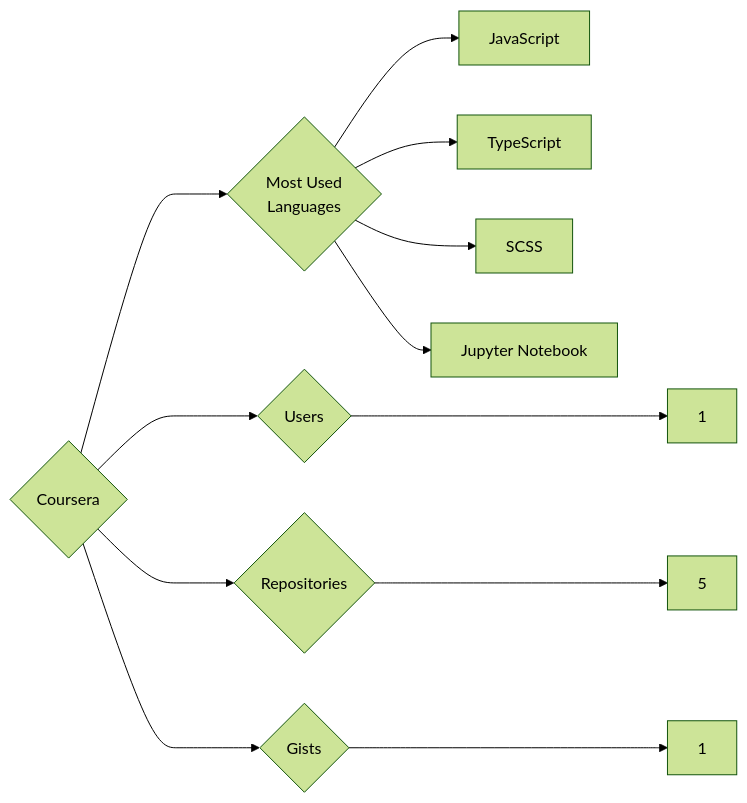
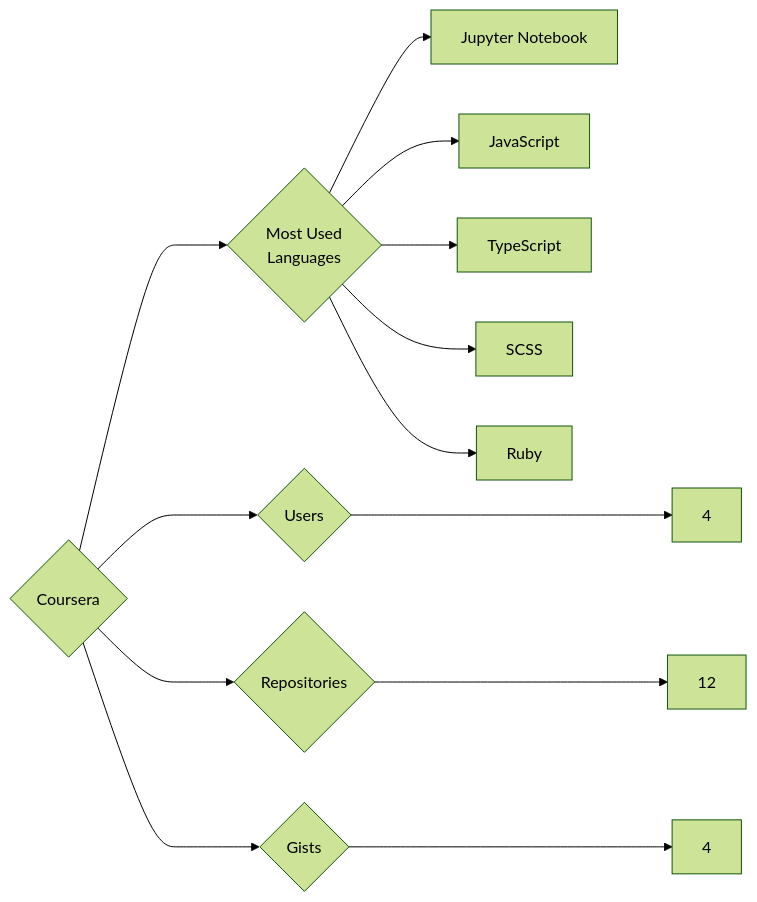
One commit to trickest/insiders changed the diagram in targets/Coursera/README.md. Above: the diagram before and after it, drawn with Mermaid (forest theme). The commit also changed 676 other files, not shown here.

````diff
--- a/targets/Coursera/README.md
+++ b/targets/Coursera/README.md
@@ -3,12 +3,13 @@
 ```mermaid
 graph LR
 COMPANY_NAME{Coursera}
-COMPANY_NAME ---> U{Users} ---> UN[1]
-COMPANY_NAME ---> R{Repositories} ---> RN[5]
-COMPANY_NAME ---> G{Gists} ---> GN[1]
+COMPANY_NAME ---> U{Users} ---> UN[4]
+COMPANY_NAME ---> R{Repositories} ---> RN[12]
+COMPANY_NAME ---> G{Gists} ---> GN[4]
 COMPANY_NAME ---> ML{Most Used<br>Languages}
+ML --> Jupyter_Notebook[Jupyter Notebook]
 ML --> JavaScript[JavaScript]
 ML --> TypeScript[TypeScript]
 ML --> SCSS[SCSS]
-ML --> Jupyter_Notebook[Jupyter Notebook]
+ML --> Ruby[Ruby]
 ```
````
